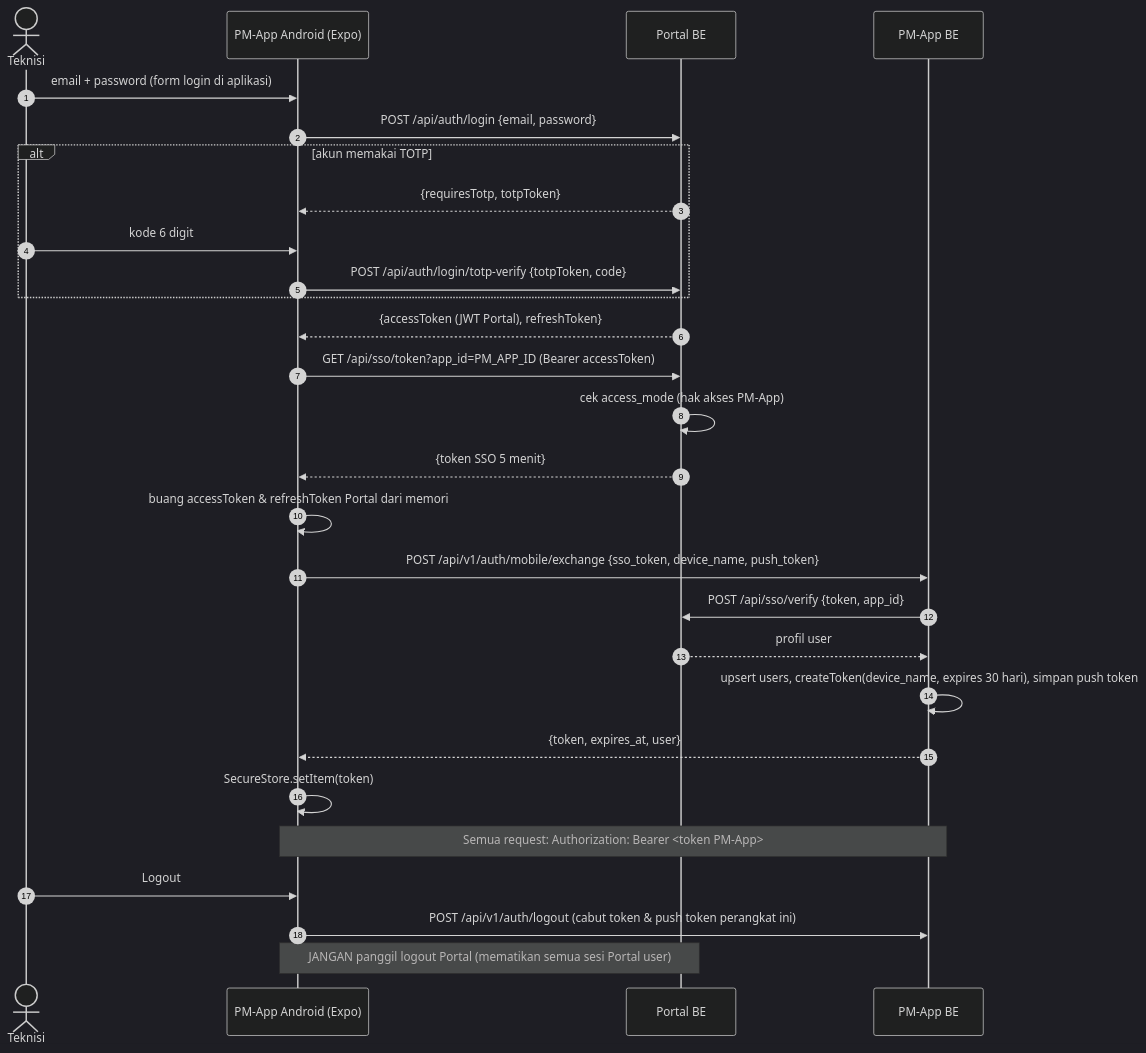
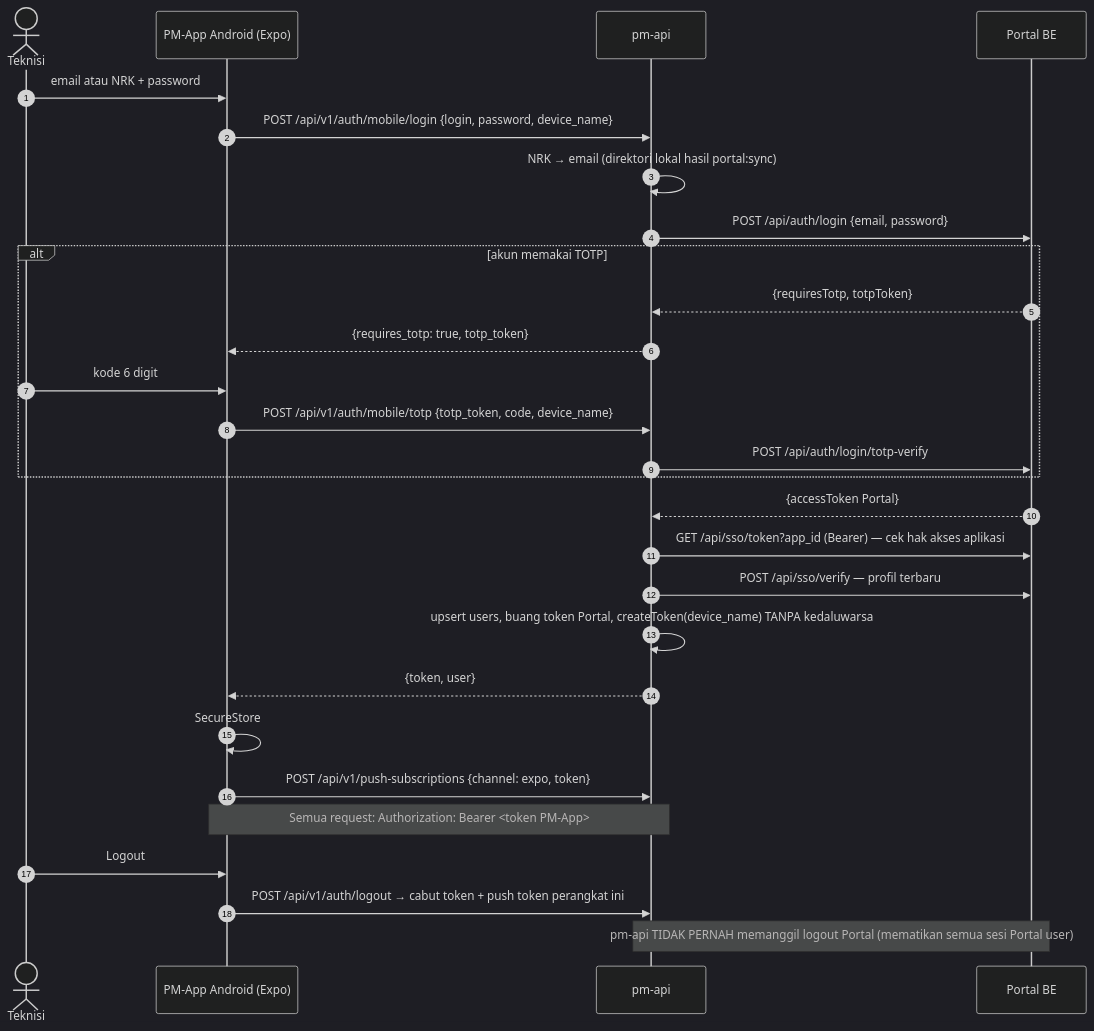
The second of 2 diagrams in docs/SSO.md (TomyLingga/pm), drawn with Mermaid (dark theme) before and after one commit. The commit also changed other lines of this file and 366 other files, not shown here.

````diff
--- a/docs/SSO.md
+++ b/docs/SSO.md
@@ -158,30 +151,30 @@
 ```mermaid
 sequenceDiagram
     autonumber
     actor U as Teknisi
     participant M as PM-App Android (Expo)
+    participant BE as pm-api
     participant PB as Portal BE
-    participant BE as PM-App BE
-    U->>M: email + password (form login di aplikasi)
-    M->>PB: POST /api/auth/login {email, password}
+    U->>M: email atau NRK + password
+    M->>BE: POST /api/v1/auth/mobile/login {login, password, device_name}
+    BE->>BE: NRK → email (direktori lokal hasil portal:sync)
+    BE->>PB: POST /api/auth/login {email, password}
     alt akun memakai TOTP
-        PB-->>M: {requiresTotp, totpToken}
+        PB-->>BE: {requiresTotp, totpToken}
+        BE-->>M: {requires_totp: true, totp_token}
         U->>M: kode 6 digit
-        M->>PB: POST /api/auth/login/totp-verify {totpToken, code}
+        M->>BE: POST /api/v1/auth/mobile/totp {totp_token, code, device_name}
+        BE->>PB: POST /api/auth/login/totp-verify
     end
-    PB-->>M: {accessToken (JWT Portal), refreshToken}
-    M->>PB: GET /api/sso/token?app_id=PM_APP_ID (Bearer accessToken)
-    PB->>PB: cek access_mode (hak akses PM-App)
-    PB-->>M: {token SSO 5 menit}
-    M->>M: buang accessToken & refreshToken Portal dari memori
-    M->>BE: POST /api/v1/auth/mobile/exchange {sso_token, device_name, push_token}
-    BE->>PB: POST /api/sso/verify {token, app_id}
-    PB-->>BE: profil user
-    BE->>BE: upsert users, createToken(device_name, expires 30 hari), simpan push token
-    BE-->>M: {token, expires_at, user}
-    M->>M: SecureStore.setItem(token)
+    PB-->>BE: {accessToken Portal}
+    BE->>PB: GET /api/sso/token?app_id (Bearer) — cek hak akses aplikasi
+    BE->>PB: POST /api/sso/verify — profil terbaru
+    BE->>BE: upsert users, buang token Portal, createToken(device_name) TANPA kedaluwarsa
+    BE-->>M: {token, user}
+    M->>M: SecureStore
+    M->>BE: POST /api/v1/push-subscriptions {channel: expo, token}
     Note over M,BE: Semua request: Authorization: Bearer <token PM-App>
     U->>M: Logout
-    M->>BE: POST /api/v1/auth/logout (cabut token & push token perangkat ini)
-    Note over M,PB: JANGAN panggil logout Portal (mematikan semua sesi Portal user)
+    M->>BE: POST /api/v1/auth/logout → cabut token + push token perangkat ini
+    Note over BE,PB: pm-api TIDAK PERNAH memanggil logout Portal (mematikan semua sesi Portal user)
 ```
````
